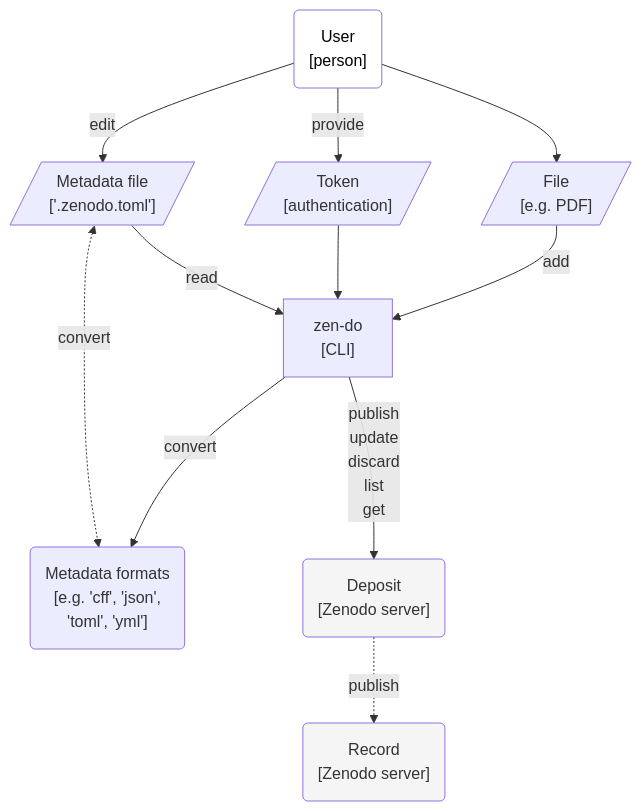
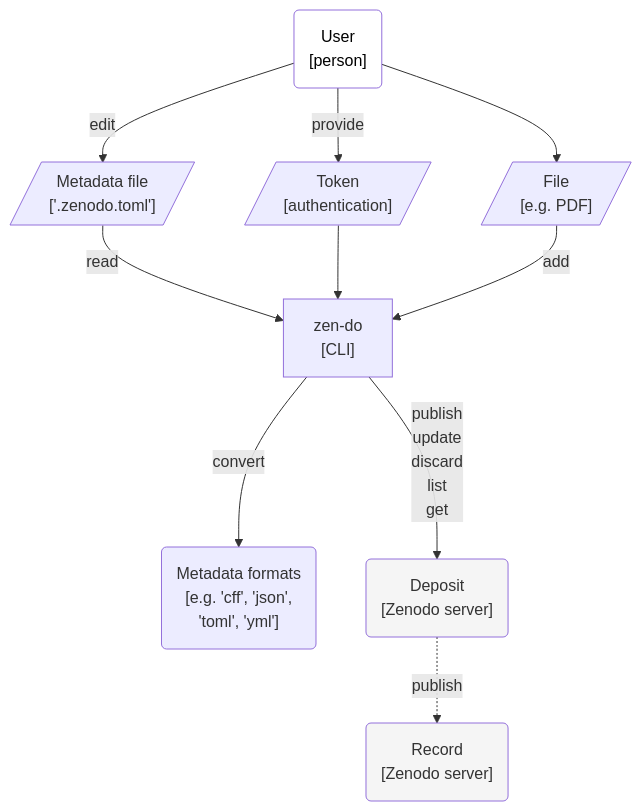
The first of 2 diagrams in docs/design/architecture.qmd (seedcase-project/zen-do), drawn with Mermaid before and after one commit. The commit also changed 3 other files, not shown here.

````diff
--- a/docs/design/architecture.qmd
+++ b/docs/design/architecture.qmd
@@ -57,39 +57,38 @@
 ```{mermaid}
 %%| label: fig-c4-context
 %%| fig-cap: >-
 %%|   Diagram showing the interaction between user and external systems that
 %%|   zen-do interacts with. The parallogram boxes represent input, the
 %%|   rectangle represents the CLI, and the rounded boxes represent the start
 %%|   and end points of the flow. The gray boxes represent external systems, in
 %%|   this case, the Zenodo server.
 %%| fig-alt: >-
 %%|   Flowchart diagram with boxes and arrows/connections for the different
 %%|   objects and actions. The user interacts with the metadata file, the
 %%|   metadata formats, the CLI, the file to add to a deposit, and the Zenodo
 %%|   server for both deposits and records.
 
 flowchart TB
     user("User<br>[person]"):::user
     metadata[/"Metadata file<br>['.zenodo.toml']"/]
     metadata_formats("Metadata formats<br>[e.g. 'cff', 'json',<br>'toml', 'yml']")
     deposit("Deposit<br>[Zenodo server]"):::external
     record("Record<br>[Zenodo server]"):::external
     file[/"File<br>[e.g. PDF]"/]
     token[/"Token<br>[authentication]"/]
     zen_do["zen-do<br>[CLI]"]
 
     user -->|edit| metadata
     user -->|provide| token
     metadata -->|read| zen_do
-    metadata <-.->|convert| metadata_formats
     token --> zen_do
     zen_do -->|convert| metadata_formats
     file -->|add| zen_do
     user --> file
     zen_do -->|publish<br>update<br>discard<br>list<br>get| deposit
     deposit -.->|publish| record
 
     %% Styling
     classDef user fill:#FFFFFF,color:#000000;
     classDef external fill:#F5F5F5;
 ```
````
